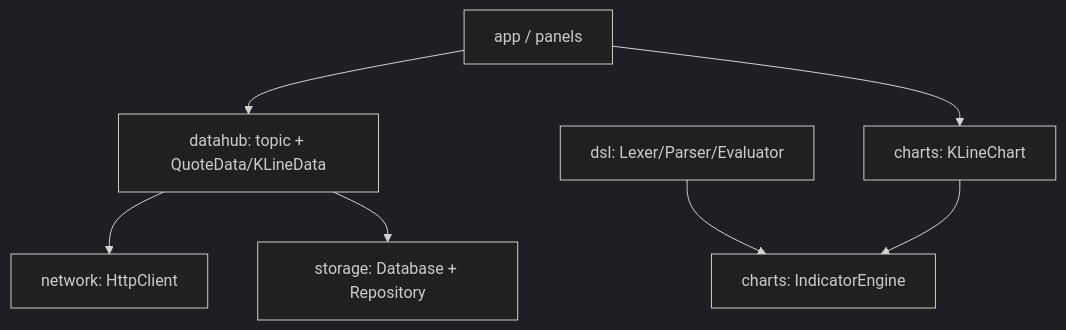
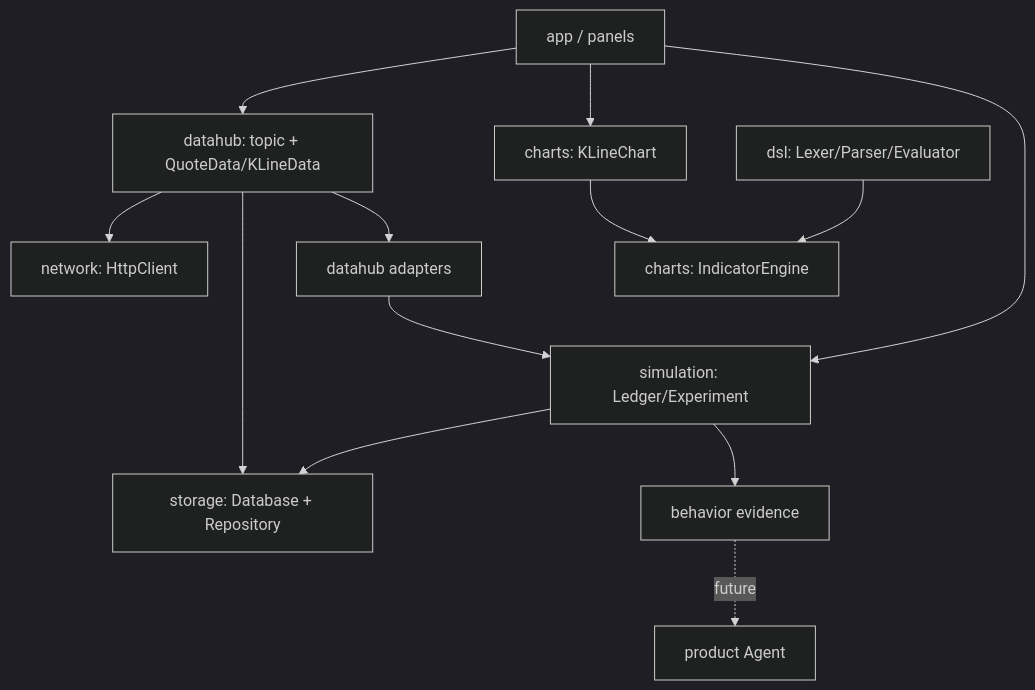
Before and after one commit to sunflower023/FinInsight: the diagram in agent/ARCHITECTURE.md, drawn with Mermaid (dark theme). The commit also changed other lines of this file and 36 other files, not shown here.

````diff
--- a/agent/ARCHITECTURE.md
+++ b/agent/ARCHITECTURE.md
@@ -5,9 +5,15 @@
 ```mermaid
 graph TD
     UI[app / panels] --> HUB[datahub: topic + QuoteData/KLineData]
     HUB --> NET[network: HttpClient]
     HUB --> STORE[storage: Database + Repository]
     UI --> CHART[charts: KLineChart]
+    UI --> SIM[simulation: Ledger/Experiment]
+    HUB --> ADAPTER[datahub adapters]
+    ADAPTER --> SIM
     DSL[dsl: Lexer/Parser/Evaluator] --> IND[charts: IndicatorEngine]
     CHART --> IND
+    SIM --> STORE
+    SIM --> EVIDENCE[behavior evidence]
+    EVIDENCE -.future.-> AGENT[product Agent]
 ```
````
